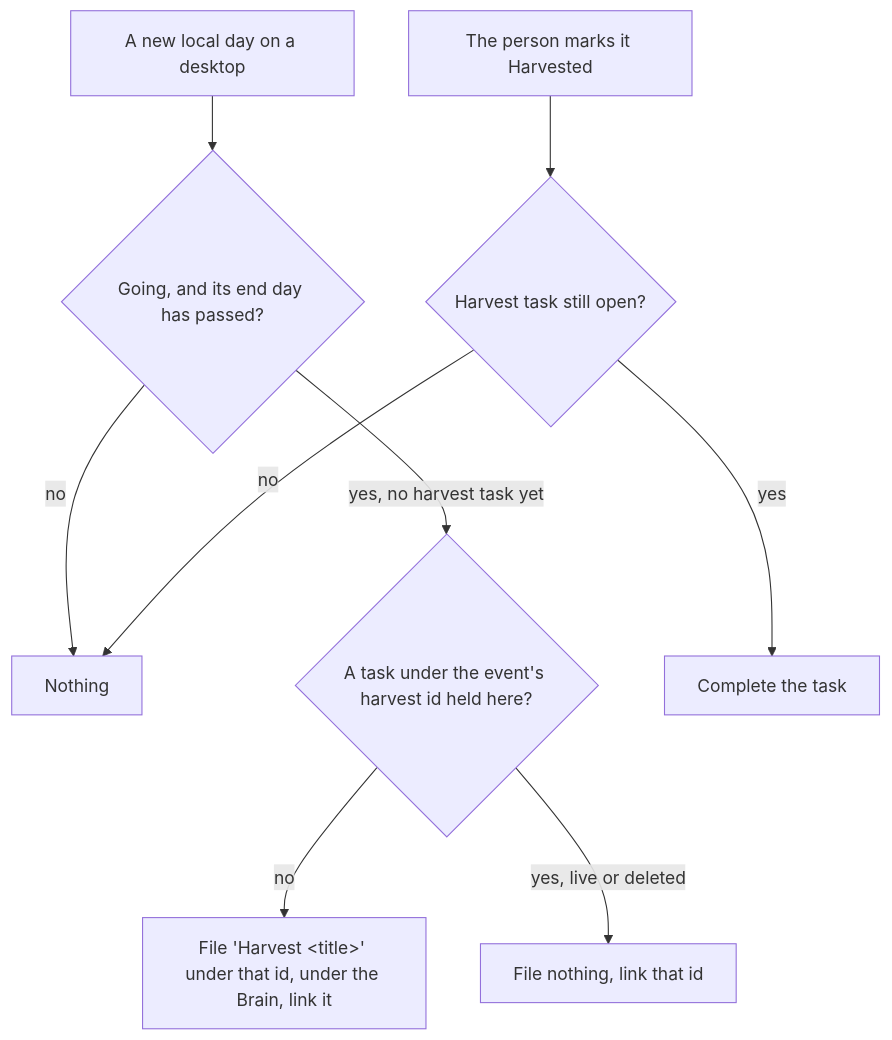
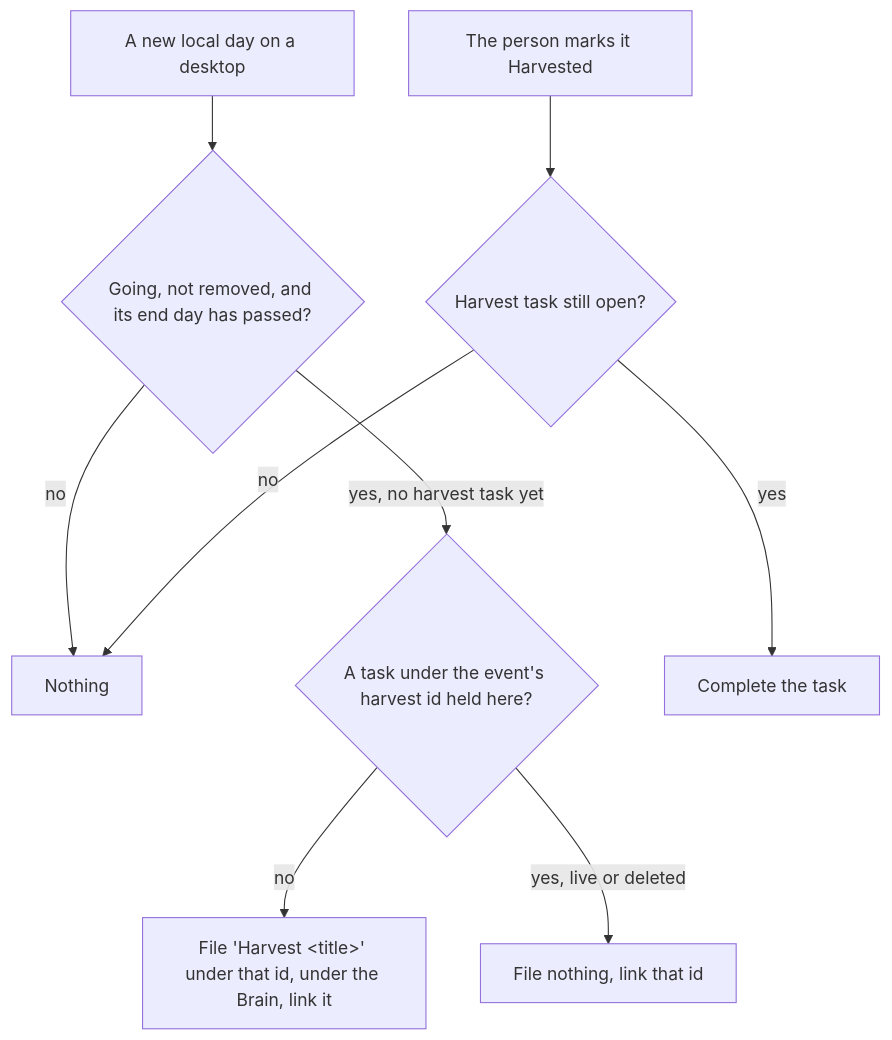
One commit to JSdotNet/Backlog changed the second of 2 diagrams in .devbook/domain/events/domain.md. Above: the diagram before and after it, drawn with Mermaid. The commit also changed other lines of this file and 4 other files, not shown here.

````diff
--- a/.devbook/domain/events/domain.md
+++ b/.devbook/domain/events/domain.md
@@ -259,11 +266,11 @@
 ```mermaid
 flowchart TD
-    Day["A new local day on a desktop"] --> Due{"Going, and its end day has passed?"}
+    Day["A new local day on a desktop"] --> Due{"Going, not removed, and its end day has passed?"}
     Due -->|no| Nothing["Nothing"]
     Due -->|yes, no harvest task yet| Held{"A task under the event's harvest id held here?"}
     Held -->|no| File["File 'Harvest &lt;title&gt;' under that id, under the Brain, link it"]
     Held -->|"yes, live or deleted"| Link["File nothing, link that id"]
     Mark["The person marks it Harvested"] --> Open{"Harvest task still open?"}
     Open -->|yes| Complete["Complete the task"]
     Open -->|no| Nothing
 ```
````
